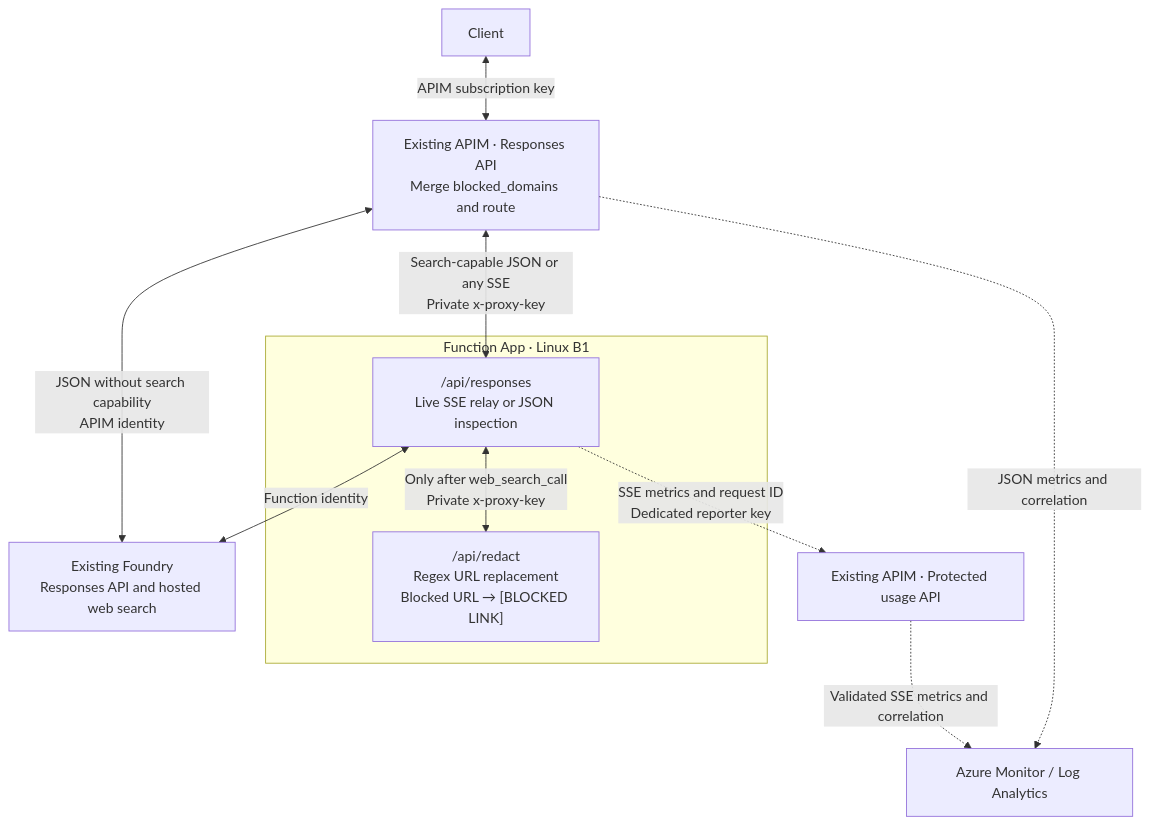
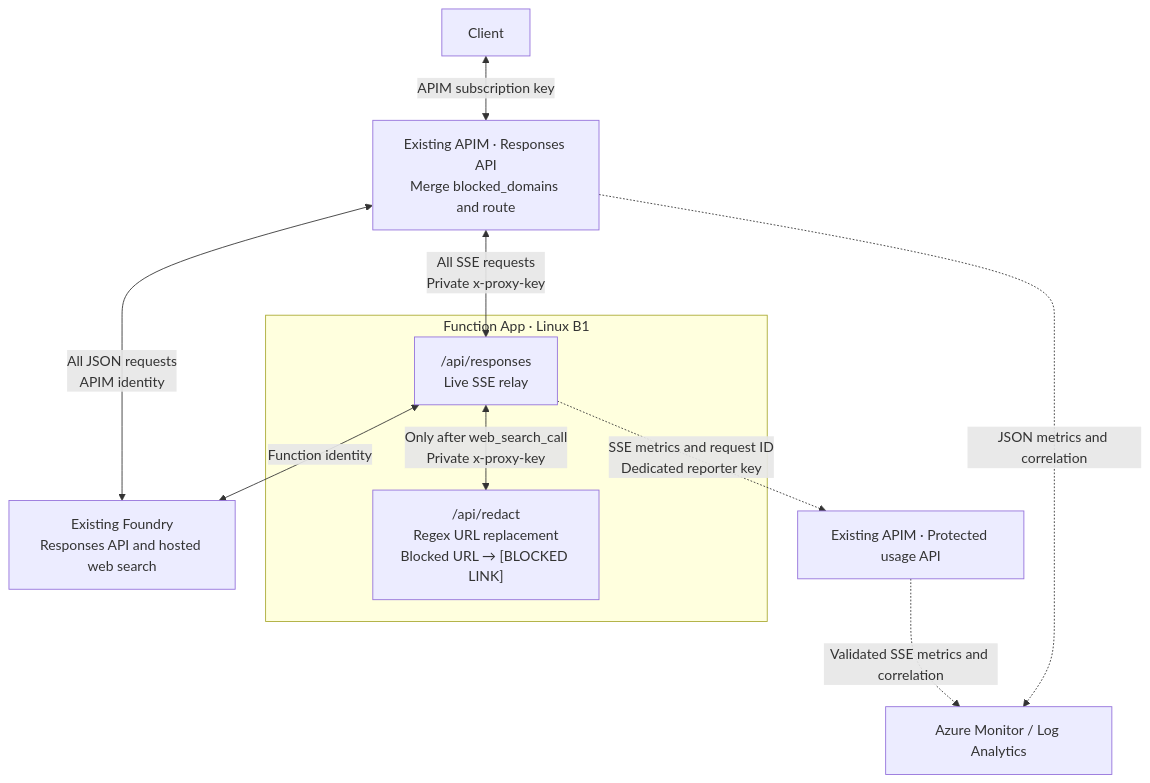
Before and after one commit to jakeatmsft/AI-Gateway: the first of 2 diagrams in labs/ai-foundry-web-search-blocklist/README.md, drawn with Mermaid. The commit also changed other lines of this file and 8 other files, not shown here.

Commit message:
updated non-streaming path to flow straight to backend

````diff
--- a/labs/ai-foundry-web-search-blocklist/README.md
+++ b/labs/ai-foundry-web-search-blocklist/README.md
@@ -16,21 +17,21 @@
 ```mermaid
 flowchart TB
     Client["Client"]
     API["Existing APIM · Responses API<br/>Merge blocked_domains and route"]
     Usage["Existing APIM · Protected usage API"]
     subgraph Functions["Function App · Linux B1"]
-        Proxy["/api/responses<br/>Live SSE relay or JSON inspection"]
+        Proxy["/api/responses<br/>Live SSE relay"]
         Redactor["/api/redact<br/>Regex URL replacement<br/>Blocked URL → [BLOCKED LINK]"]
     end
     Foundry["Existing Foundry<br/>Responses API and hosted web search"]
     Logs["Azure Monitor / Log Analytics"]
 
     Client <-->|"APIM subscription key"| API
-    API <-->|"JSON without search capability<br/>APIM identity"| Foundry
-    API <-->|"Search-capable JSON or any SSE<br/>Private x-proxy-key"| Proxy
+    API <-->|"All JSON requests<br/>APIM identity"| Foundry
+    API <-->|"All SSE requests<br/>Private x-proxy-key"| Proxy
     Proxy <-->|"Function identity"| Foundry
     Proxy <-->|"Only after web_search_call<br/>Private x-proxy-key"| Redactor
     Proxy -.->|"SSE metrics and request ID<br/>Dedicated reporter key"| Usage
     API -.->|"JSON metrics and correlation"| Logs
     Usage -.->|"Validated SSE metrics and correlation"| Logs
 ```
````
